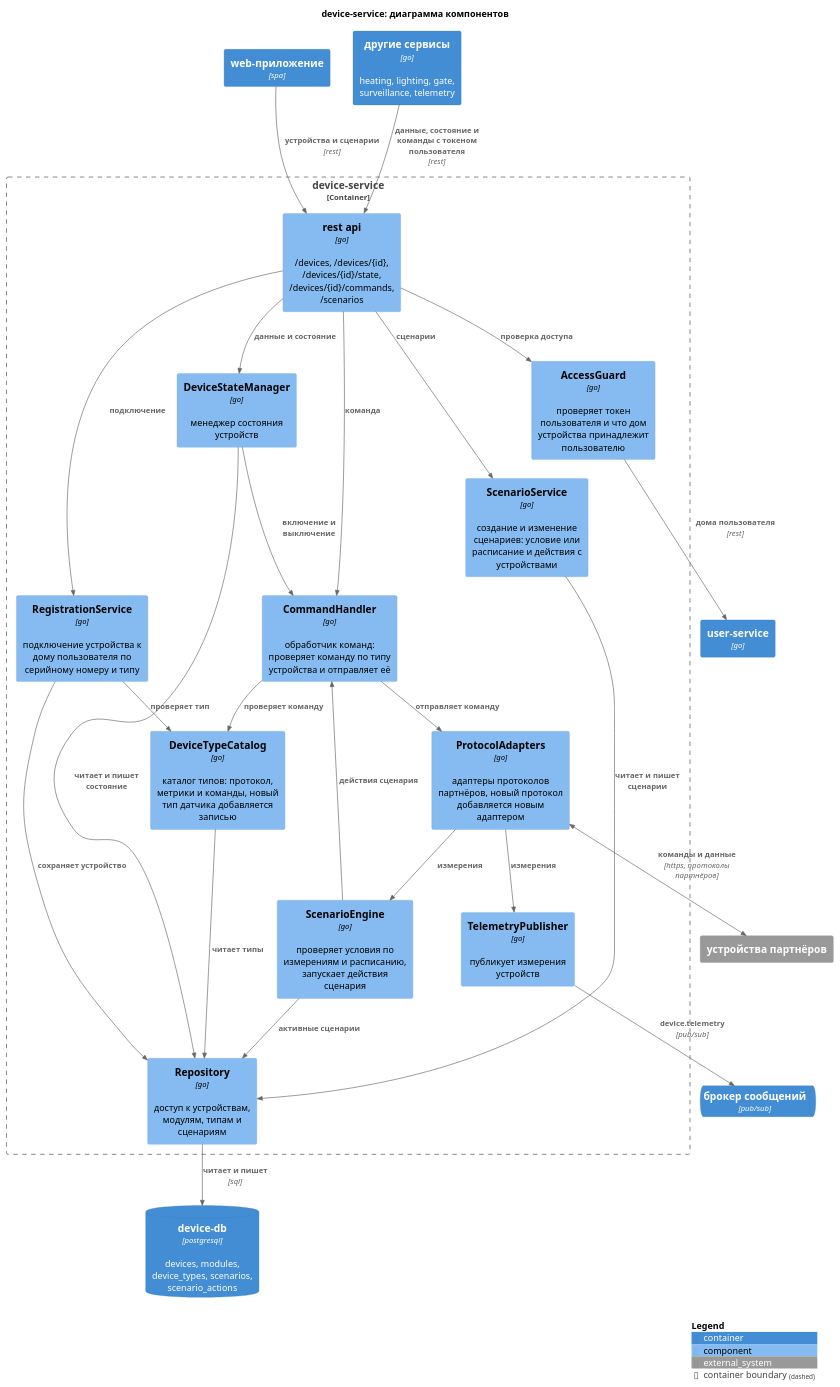
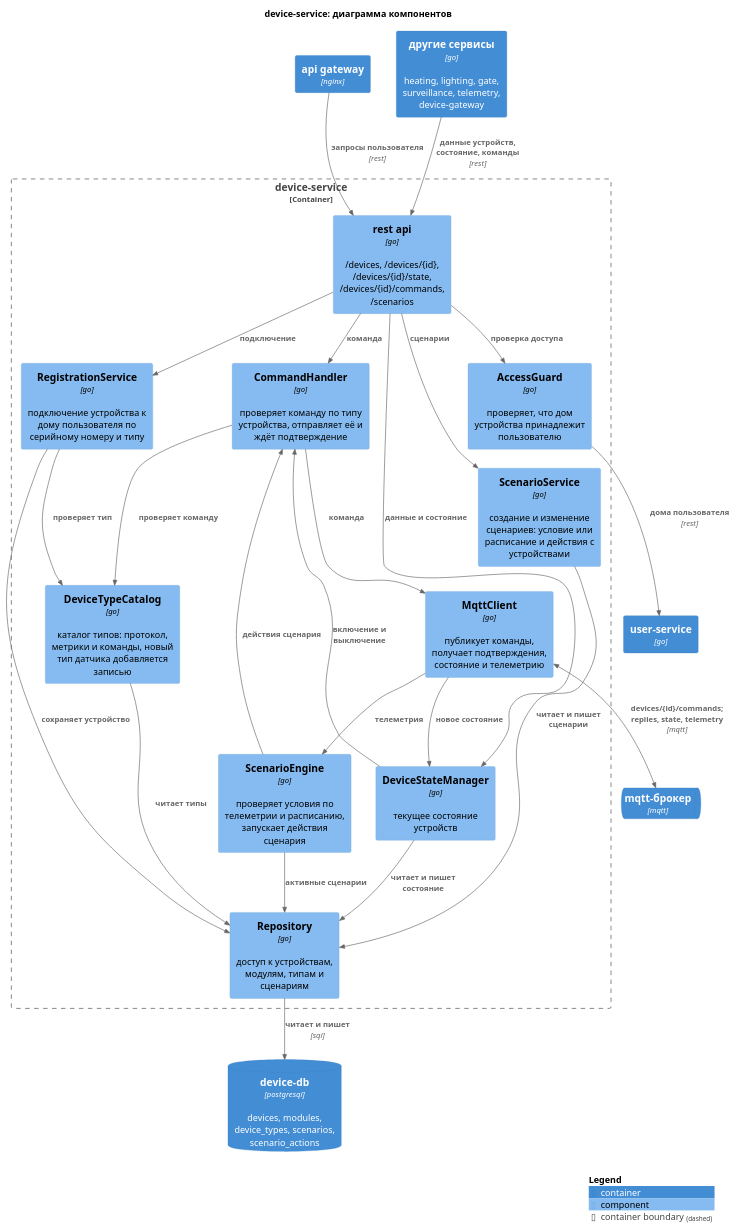
Before and after one commit to Murl1k/arch-sprint-1: the diagram in diagrams/component/device-service.puml, drawn with PlantUML. The commit also changed 22 other files, not shown here.

```diff
--- a/diagrams/component/device-service.puml
+++ b/diagrams/component/device-service.puml
@@ -1,52 +1,49 @@
 @startuml device-service
 !include https://raw.githubusercontent.com/plantuml-stdlib/C4-PlantUML/v2.14.0/C4_Component.puml
 
 title device-service: диаграмма компонентов
 
-Container(web, "web-приложение", "spa")
-Container(other_svcs, "другие сервисы", "go", "heating, lighting, gate, surveillance, telemetry")
+Container(api_gw, "api gateway", "nginx")
+Container(other_svcs, "другие сервисы", "go", "heating, lighting, gate, surveillance, telemetry, device-gateway")
 Container(user_svc, "user-service", "go")
-System_Ext(devices, "устройства партнёров")
-ContainerQueue(broker, "брокер сообщений", "pub/sub")
+ContainerQueue(mqtt, "mqtt-брокер", "mqtt")
 ContainerDb(db, "device-db", "postgresql", "devices, modules, device_types, scenarios, scenario_actions")
 
 Container_Boundary(svc, "device-service") {
     Component(api, "rest api", "go", "/devices, /devices/{id}, /devices/{id}/state, /devices/{id}/commands, /scenarios")
-    Component(access, "AccessGuard", "go", "проверяет токен пользователя и что дом устройства принадлежит пользователю")
+    Component(access, "AccessGuard", "go", "проверяет, что дом устройства принадлежит пользователю")
     Component(registration, "RegistrationService", "go", "подключение устройства к дому пользователя по серийному номеру и типу")
     Component(catalog, "DeviceTypeCatalog", "go", "каталог типов: протокол, метрики и команды, новый тип датчика добавляется записью")
-    Component(commands, "CommandHandler", "go", "обработчик команд: проверяет команду по типу устройства и отправляет её")
-    Component(state, "DeviceStateManager", "go", "менеджер состояния устройств")
+    Component(commands, "CommandHandler", "go", "проверяет команду по типу устройства, отправляет её и ждёт подтверждение")
+    Component(state, "DeviceStateManager", "go", "текущее состояние устройств")
     Component(scenarios, "ScenarioService", "go", "создание и изменение сценариев: условие или расписание и действия с устройствами")
-    Component(engine, "ScenarioEngine", "go", "проверяет условия по измерениям и расписанию, запускает действия сценария")
-    Component(adapters, "ProtocolAdapters", "go", "адаптеры протоколов партнёров, новый протокол добавляется новым адаптером")
-    Component(telemetry, "TelemetryPublisher", "go", "публикует измерения устройств")
+    Component(engine, "ScenarioEngine", "go", "проверяет условия по телеметрии и расписанию, запускает действия сценария")
+    Component(mqtt_client, "MqttClient", "go", "публикует команды, получает подтверждения, состояние и телеметрию")
     Component(repo, "Repository", "go", "доступ к устройствам, модулям, типам и сценариям")
 }
 
-Rel(web, api, "устройства и сценарии", "rest")
-Rel(other_svcs, api, "данные, состояние и команды с токеном пользователя", "rest")
+Rel(api_gw, api, "запросы пользователя", "rest")
+Rel(other_svcs, api, "данные устройств, состояние, команды", "rest")
 Rel(api, access, "проверка доступа")
 Rel(access, user_svc, "дома пользователя", "rest")
 Rel(api, registration, "подключение")
 Rel(api, state, "данные и состояние")
 Rel(api, commands, "команда")
 Rel(api, scenarios, "сценарии")
 Rel(registration, catalog, "проверяет тип")
 Rel(state, commands, "включение и выключение")
 Rel(commands, catalog, "проверяет команду")
-Rel(commands, adapters, "отправляет команду")
-BiRel(adapters, devices, "команды и данные", "https, протоколы партнёров")
-Rel(adapters, telemetry, "измерения")
-Rel(adapters, engine, "измерения")
+Rel(commands, mqtt_client, "команда")
+BiRel(mqtt_client, mqtt, "devices/{id}/commands; replies, state, telemetry", "mqtt")
+Rel(mqtt_client, state, "новое состояние")
+Rel(mqtt_client, engine, "телеметрия")
 Rel(engine, commands, "действия сценария")
-Rel(telemetry, broker, "device.telemetry", "pub/sub")
 Rel(registration, repo, "сохраняет устройство")
 Rel(catalog, repo, "читает типы")
 Rel(state, repo, "читает и пишет состояние")
 Rel(scenarios, repo, "читает и пишет сценарии")
 Rel(engine, repo, "активные сценарии")
 Rel(repo, db, "читает и пишет", "sql")
 
 SHOW_LEGEND()
 @enduml
```
